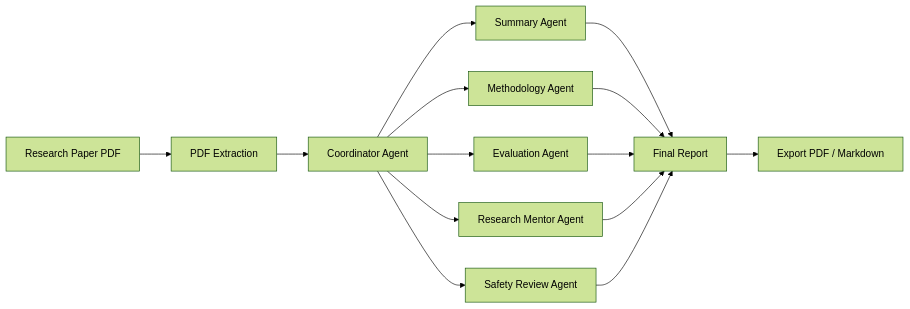
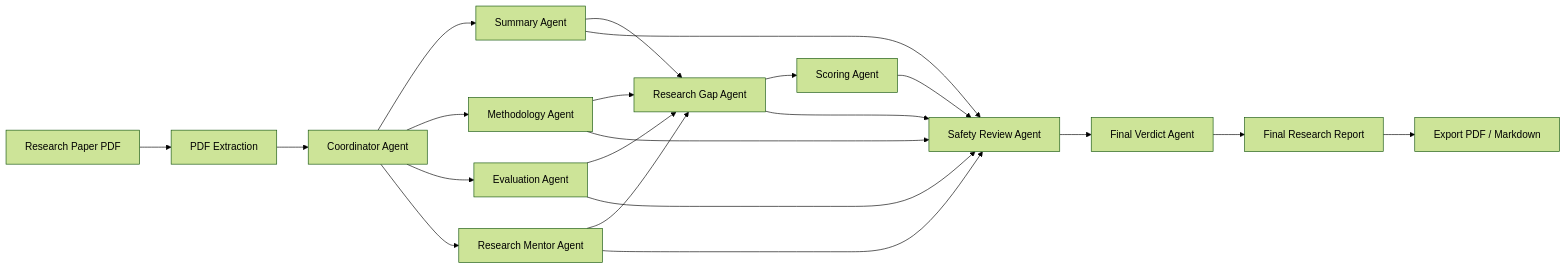
The diagram in README.md (rinviriti/ResearchMate-AI), drawn with Mermaid (forest theme) before and after one commit. The commit also changed other lines of this file, not shown here.

Commit message:
Update README for enhanced multi-agent pipeline

````diff
--- a/README.md
+++ b/README.md
@@ -27,22 +36,33 @@
 ```mermaid
 flowchart LR
 
 A[Research Paper PDF]
 --> B[PDF Extraction]
 
 B --> C[Coordinator Agent]
 
 C --> D[Summary Agent]
 C --> E[Methodology Agent]
 C --> F[Evaluation Agent]
 C --> G[Research Mentor Agent]
-C --> H[Safety Review Agent]
 
-D --> I[Final Report]
-E --> I
-F --> I
-G --> I
-H --> I
+D --> H[Research Gap Agent]
+E --> H
+F --> H
+G --> H
 
-I --> J[Export PDF / Markdown]
+H --> I[Scoring Agent]
+
+D --> J[Safety Review Agent]
+E --> J
+F --> J
+G --> J
+H --> J
+I --> J
+
+J --> K[Final Verdict Agent]
+
+K --> L[Final Research Report]
+
+L --> M[Export PDF / Markdown]
 ```
````
